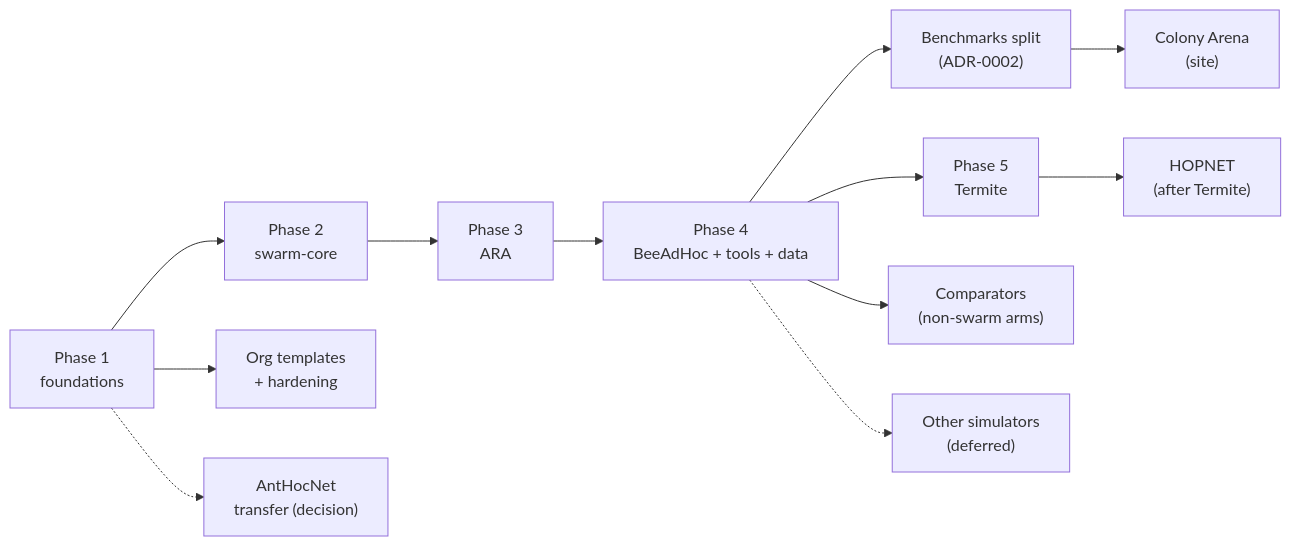
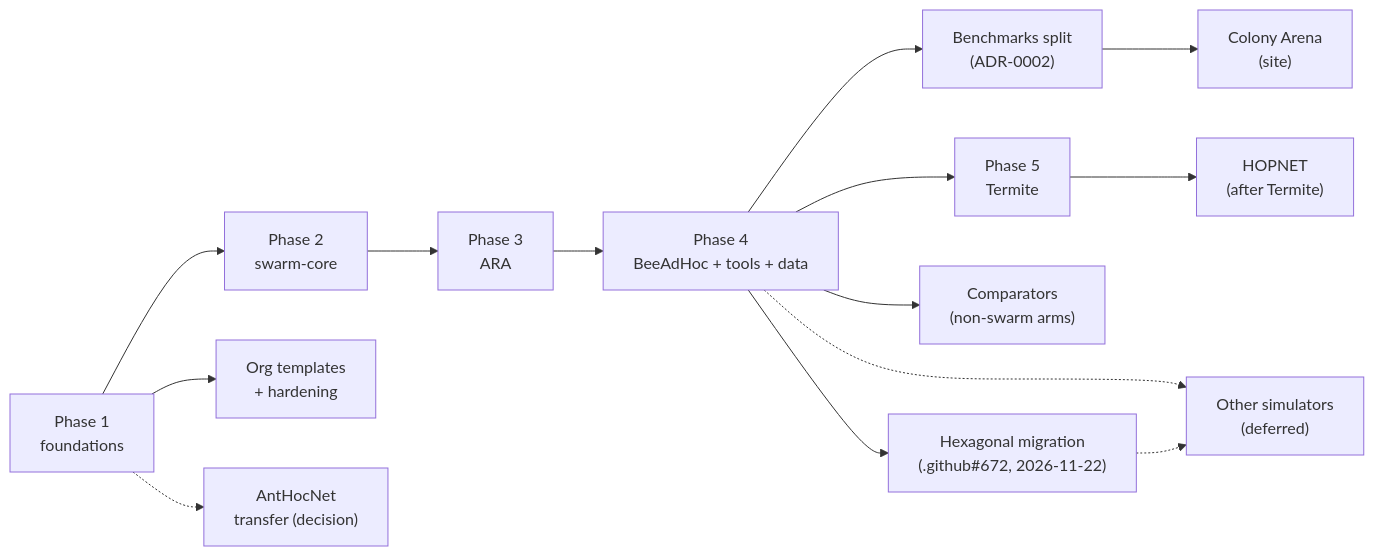
Before and after one commit to swarm-routing/.github: the second of 3 diagrams in ROADMAP.md, drawn with Mermaid. The commit also changed other lines of this file, not shown here.

First line of the commit message:
docs(roadmap): plan the hexagonal multi-runtime migration and the multi-simulator track (#700)

````diff
--- a/ROADMAP.md
+++ b/ROADMAP.md
@@ -246,14 +457,16 @@
 ```mermaid
 flowchart LR
   P1["Phase 1<br/>foundations"] --> P2["Phase 2<br/>swarm-core"]
   P2 --> P3["Phase 3<br/>ARA"]
   P3 --> P4["Phase 4<br/>BeeAdHoc + tools + data"]
   P4 --> B["Benchmarks split<br/>(ADR-0002)"]
   B --> S["Colony Arena<br/>(site)"]
   P4 --> P5["Phase 5<br/>Termite"]
   P5 --> H["HOPNET<br/>(after Termite)"]
   P1 --> O["Org templates<br/>+ hardening"]
   P4 --> C["Comparators<br/>(non-swarm arms)"]
   P1 -.-> T["AntHocNet<br/>transfer (decision)"]
   P4 -.-> X["Other simulators<br/>(deferred)"]
+  P4 --> M["Hexagonal migration<br/>(.github#672, 2026-11-22)"]
+  M -.-> X
 ```
````
